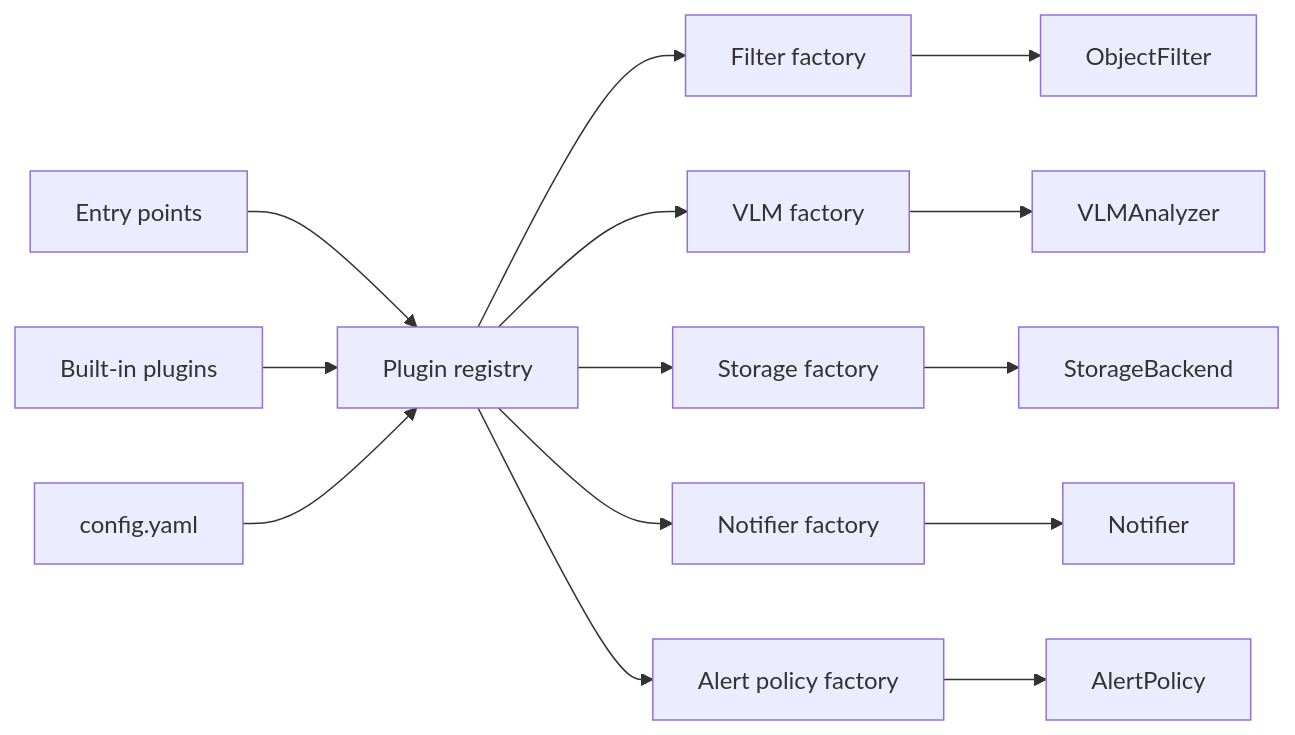
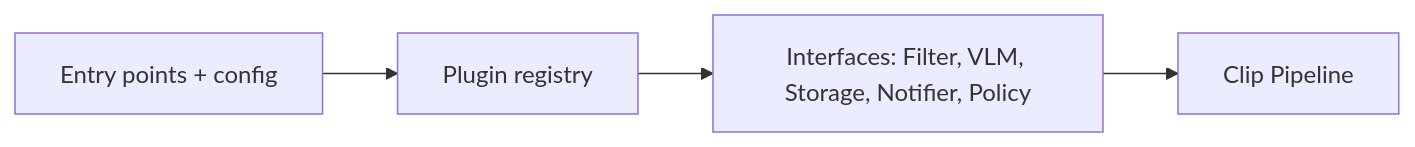
One commit to lan17/homesec changed the second of 2 diagrams in README.md. Above: the diagram before and after it, drawn with Mermaid. The commit also changed other lines of this file, not shown here.

````diff
--- a/README.md
+++ b/README.md
@@ -205,11 +172,6 @@
 ```mermaid
 flowchart LR
-    EP[Entry points] --> REG[Plugin registry]
-    BI[Built-in plugins] --> REG
-    CFG[config.yaml] --> REG
-    REG --> F1[Filter factory] --> IF1[ObjectFilter]
-    REG --> F2[VLM factory] --> IF2[VLMAnalyzer]
-    REG --> F3[Storage factory] --> IF3[StorageBackend]
-    REG --> F4[Notifier factory] --> IF4[Notifier]
-    REG --> F5[Alert policy factory] --> IF5[AlertPolicy]
+    EP[Entry points + config] --> REG[Plugin registry]
+    REG --> IF[Interfaces: Filter, VLM, Storage, Notifier, Policy]
+    IF --> P[Clip Pipeline]
 ```
````
